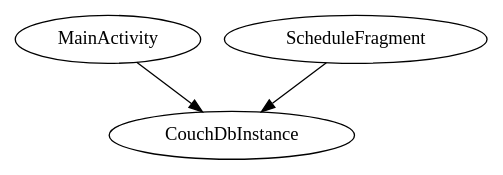
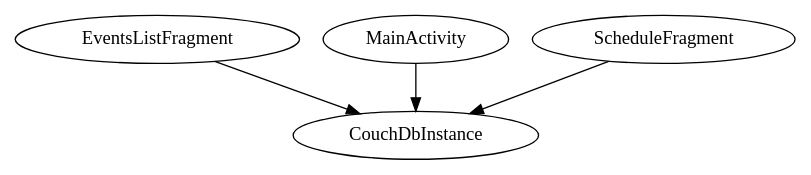
One commit to VinnieTheGinnie/MADFinalsApp changed the diagram in .apt_generated/com/mobileappdevelopersclub/fapp/models/AndroidModule.dot. Above: the diagram before and after it, drawn with Graphviz. The commit also changed 9 other files, not shown here.

Commit message:
edited events list frag

```diff
--- a/.apt_generated/com/mobileappdevelopersclub/fapp/models/AndroidModule.dot
+++ b/.apt_generated/com/mobileappdevelopersclub/fapp/models/AndroidModule.dot
@@ -1,5 +1,6 @@
 digraph G1 {
   concentrate = true;
+  EventsListFragment -> CouchDbInstance;
   MainActivity -> CouchDbInstance;
   ScheduleFragment -> CouchDbInstance;
 }
```
